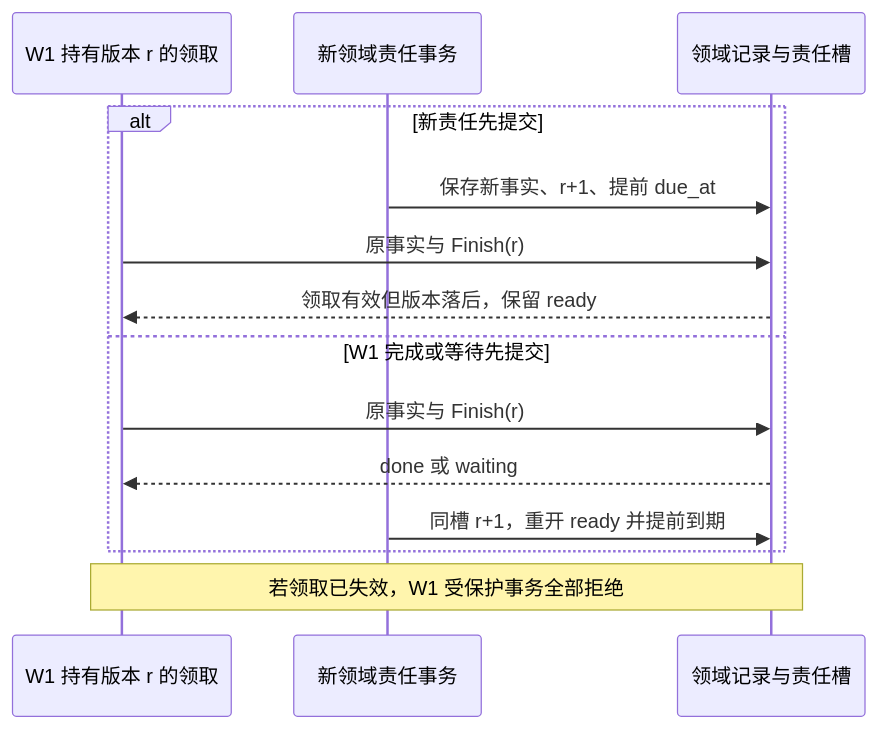
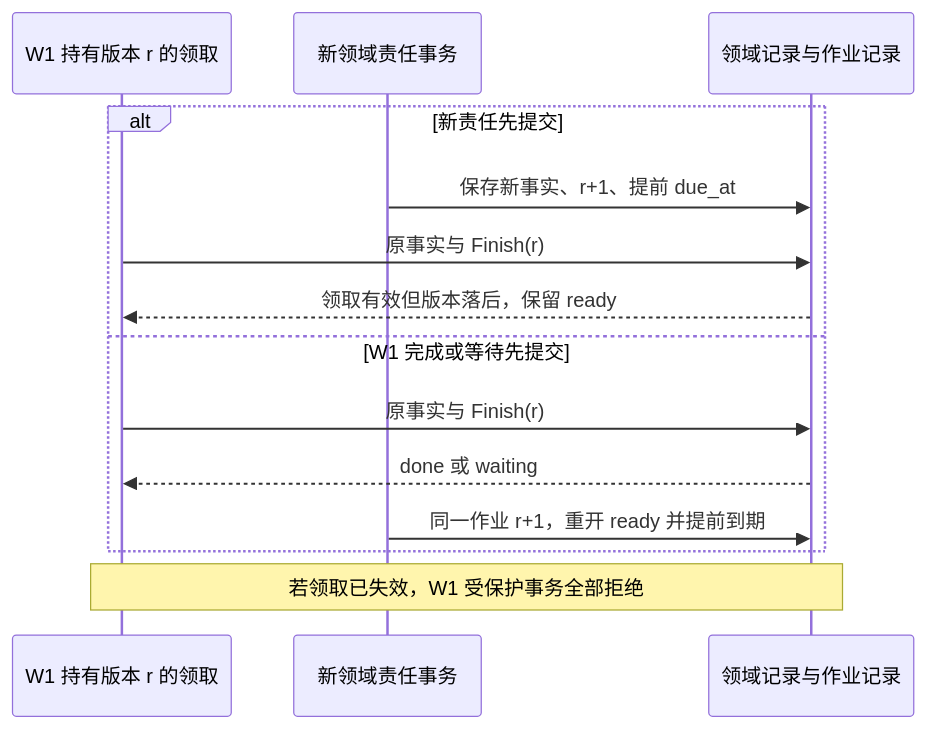
Before and after one commit to ruipengliu/lerna: the fourth of 4 diagrams in docs/architecture/reliable-work.md, drawn with Mermaid. The commit also changed other lines of this file and 205 other files, not shown here.

Commit message:
docs: unify architecture terminology

````diff
--- a/docs/architecture/reliable-work.md
+++ b/docs/architecture/reliable-work.md
@@ -191,16 +191,16 @@
 ```mermaid
 sequenceDiagram
     participant W as W1 持有版本 r 的领取
     participant N as 新领域责任事务
-    participant S as 领域记录与责任槽
+    participant S as 领域记录与作业记录
     alt 新责任先提交
       N->>S: 保存新事实、r+1、提前 due_at
       W->>S: 原事实与 Finish(r)
       S-->>W: 领取有效但版本落后，保留 ready
     else W1 完成或等待先提交
       W->>S: 原事实与 Finish(r)
       S-->>W: done 或 waiting
-      N->>S: 同槽 r+1，重开 ready 并提前到期
+      N->>S: 同一作业 r+1，重开 ready 并提前到期
     end
     Note over W,S: 若领取已失效，W1 受保护事务全部拒绝
 ```
````
